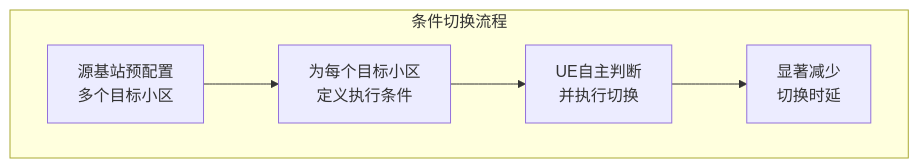
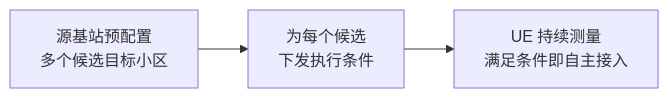
One commit to Dtheme/CS-base changed the ninth of 12 diagrams in 计算机网络/7.7无线网络：蜂窝移动性.md. Above: the diagram before and after it, drawn with Mermaid. The commit also changed other lines of this file and 51 other files, not shown here.

````diff
--- a/计算机网络/7.7无线网络：蜂窝移动性.md
+++ b/计算机网络/7.7无线网络：蜂窝移动性.md
@@ -423,13 +388,5 @@
 ```mermaid
-graph TB
-    subgraph "条件切换流程"
-        Config["源基站预配置<br/>多个目标小区"]
-        Condition["为每个目标小区<br/>定义执行条件"]
-        Decision["UE自主判断<br/>并执行切换"]
-        Result["显著减少<br/>切换时延"]
-        
-        Config --> Condition
-        Condition --> Decision
-        Decision --> Result
-    end
+graph LR
+    Config["源基站预配置<br/>多个候选目标小区"] --> Cond["为每个候选<br/>下发执行条件"]
+    Cond --> Eval["UE 持续测量<br/>满足条件即自主接入"]
 ```
````
